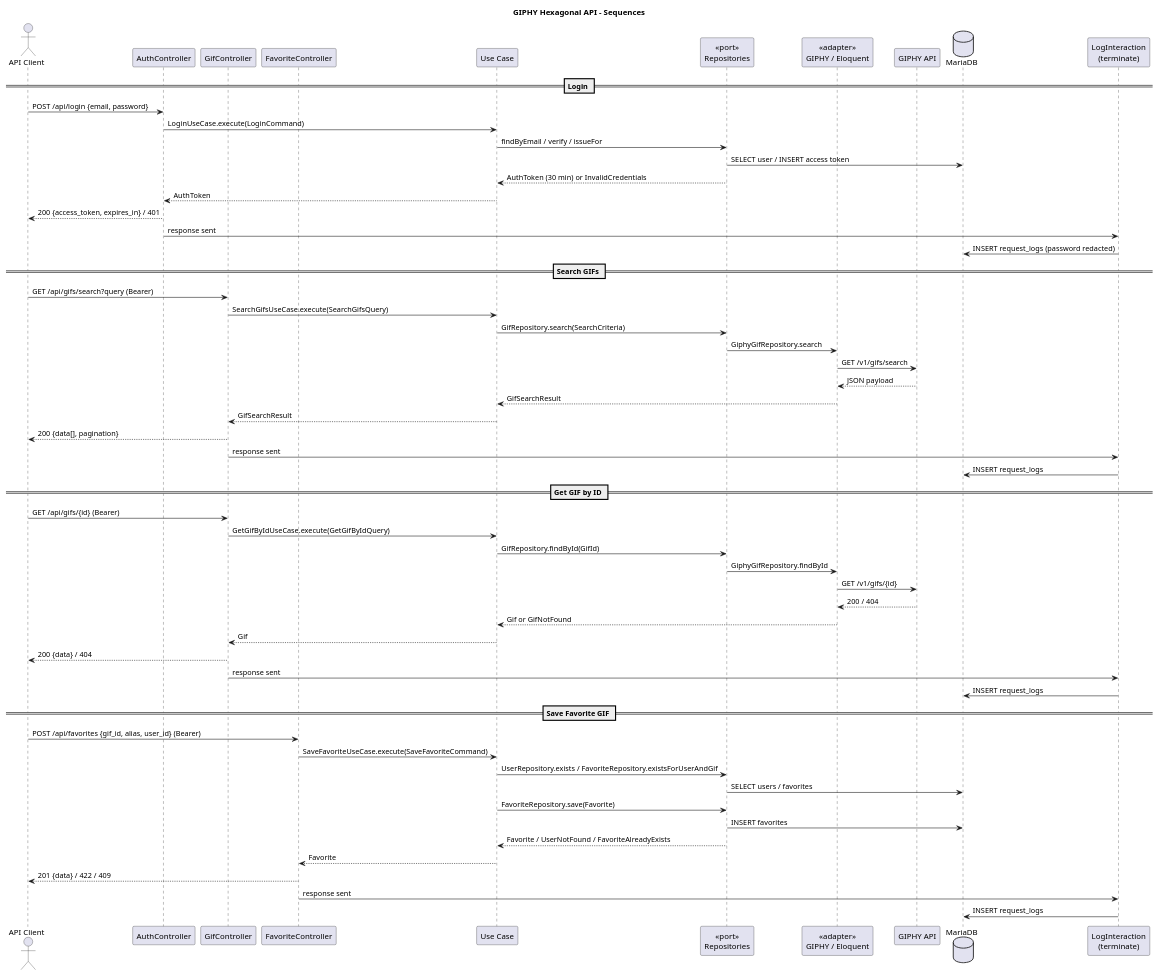
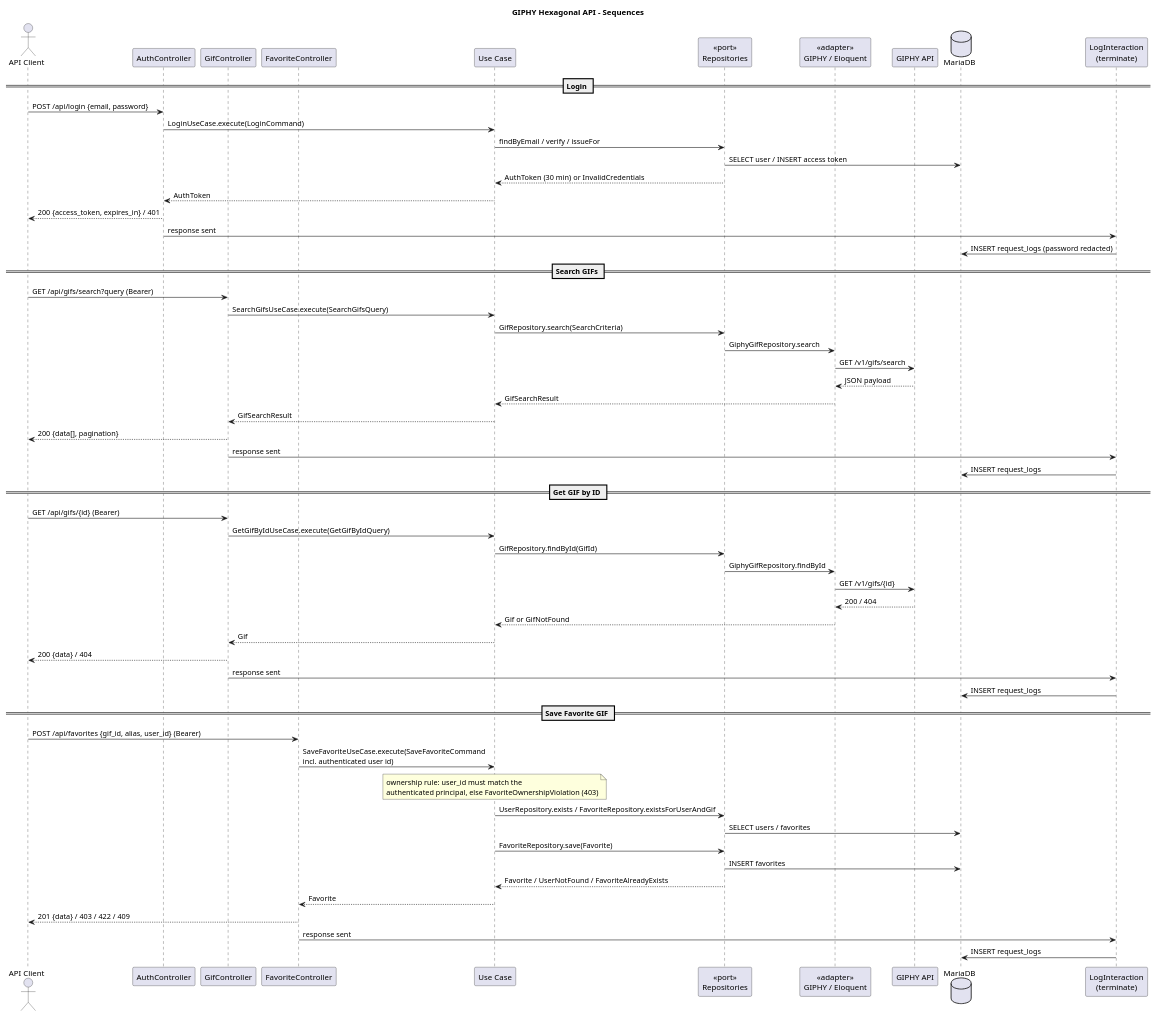
One commit to SergioRodas/giphy-hexagonal-api changed the diagram in docs/uml/sequence.puml. Above: the diagram before and after it, drawn with PlantUML. The commit also changed 1 other file, not shown here.

Commit message:
docs(diagrams): reflect the favorites ownership rule (403)
The Save Favorite sequence (Mermaid and PlantUML) now shows the
FavoriteOwnershipViolation branch and notes that the rule lives in the use
case, matching the implementation.

```diff
--- a/docs/uml/sequence.puml
+++ b/docs/uml/sequence.puml
@@ -1,65 +1,66 @@
 @startuml sequence
 ' GIPHY Hexagonal API - Sequence Diagrams for all use cases
 title GIPHY Hexagonal API - Sequences
 
 actor "API Client" as C
 participant "AuthController" as AC
 participant "GifController" as GC
 participant "FavoriteController" as FC
 participant "Use Case" as UC
 participant "«port»\nRepositories" as PORT
 participant "«adapter»\nGIPHY / Eloquent" as ADP
 participant "GIPHY API" as G
 database "MariaDB" as DB
 participant "LogInteraction\n(terminate)" as LOG
 
 == Login ==
 C -> AC : POST /api/login {email, password}
 AC -> UC : LoginUseCase.execute(LoginCommand)
 UC -> PORT : findByEmail / verify / issueFor
 PORT -> DB : SELECT user / INSERT access token
 PORT --> UC : AuthToken (30 min) or InvalidCredentials
 UC --> AC : AuthToken
 AC --> C : 200 {access_token, expires_in} / 401
 AC -> LOG : response sent
 LOG -> DB : INSERT request_logs (password redacted)
 
 == Search GIFs ==
 C -> GC : GET /api/gifs/search?query (Bearer)
 GC -> UC : SearchGifsUseCase.execute(SearchGifsQuery)
 UC -> PORT : GifRepository.search(SearchCriteria)
 PORT -> ADP : GiphyGifRepository.search
 ADP -> G : GET /v1/gifs/search
 G --> ADP : JSON payload
 ADP --> UC : GifSearchResult
 UC --> GC : GifSearchResult
 GC --> C : 200 {data[], pagination}
 GC -> LOG : response sent
 LOG -> DB : INSERT request_logs
 
 == Get GIF by ID ==
 C -> GC : GET /api/gifs/{id} (Bearer)
 GC -> UC : GetGifByIdUseCase.execute(GetGifByIdQuery)
 UC -> PORT : GifRepository.findById(GifId)
 PORT -> ADP : GiphyGifRepository.findById
 ADP -> G : GET /v1/gifs/{id}
 G --> ADP : 200 / 404
 ADP --> UC : Gif or GifNotFound
 UC --> GC : Gif
 GC --> C : 200 {data} / 404
 GC -> LOG : response sent
 LOG -> DB : INSERT request_logs
 
 == Save Favorite GIF ==
 C -> FC : POST /api/favorites {gif_id, alias, user_id} (Bearer)
-FC -> UC : SaveFavoriteUseCase.execute(SaveFavoriteCommand)
+FC -> UC : SaveFavoriteUseCase.execute(SaveFavoriteCommand\nincl. authenticated user id)
+note over UC : ownership rule: user_id must match the\nauthenticated principal, else FavoriteOwnershipViolation (403)
 UC -> PORT : UserRepository.exists / FavoriteRepository.existsForUserAndGif
 PORT -> DB : SELECT users / favorites
 UC -> PORT : FavoriteRepository.save(Favorite)
 PORT -> DB : INSERT favorites
 PORT --> UC : Favorite / UserNotFound / FavoriteAlreadyExists
 UC --> FC : Favorite
-FC --> C : 201 {data} / 422 / 409
+FC --> C : 201 {data} / 403 / 422 / 409
 FC -> LOG : response sent
 LOG -> DB : INSERT request_logs
 @enduml
```
